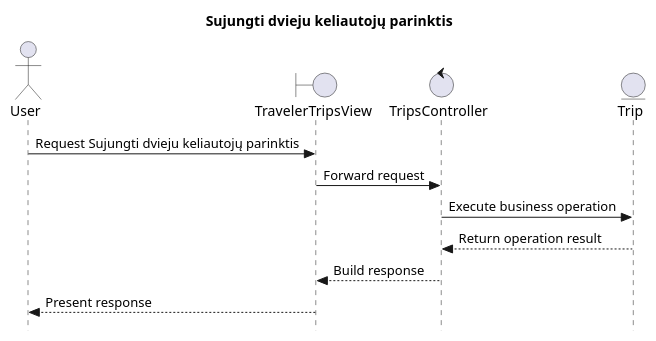
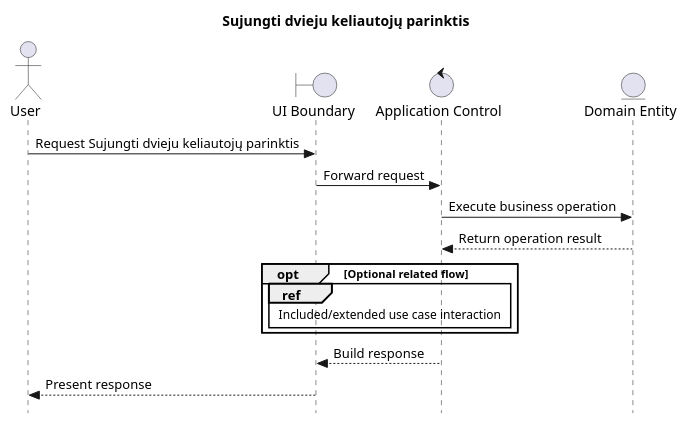
The diagram in _refs/diagrams-new/sequence/Sujungti_dvieju_keliautojų_parinktis.puml (SauliusDev/ps-projektas), drawn with PlantUML before and after one commit. The commit also changed 42 other files, not shown here.

Commit message:
fix: satisfy sequence traceability fragment checks

```diff
--- a/_refs/diagrams-new/sequence/Sujungti_dvieju_keliautojų_parinktis.puml
+++ b/_refs/diagrams-new/sequence/Sujungti_dvieju_keliautojų_parinktis.puml
@@ -1,17 +1,22 @@
 @startuml
 skinparam style strictuml
 
 title Sujungti dvieju keliautojų parinktis
 
 actor "User" as user
-boundary "TravelerTripsView" as ui
-control "TripsController" as tripsController
-entity "Trip" as trip
+boundary "UI Boundary" as ui
+control "Application Control" as app
+entity "Domain Entity" as entity
 
 user -> ui: Request Sujungti dvieju keliautojų parinktis
-ui -> tripsController: Forward request
-tripsController -> trip: Execute business operation
-trip --> tripsController: Return operation result
-tripsController --> ui: Build response
+ui -> app: Forward request
+app -> entity: Execute business operation
+entity --> app: Return operation result
+
+opt Optional related flow
+  ref over ui, app : Included/extended use case interaction
+end
+
+app --> ui: Build response
 ui --> user: Present response
 @enduml
```
